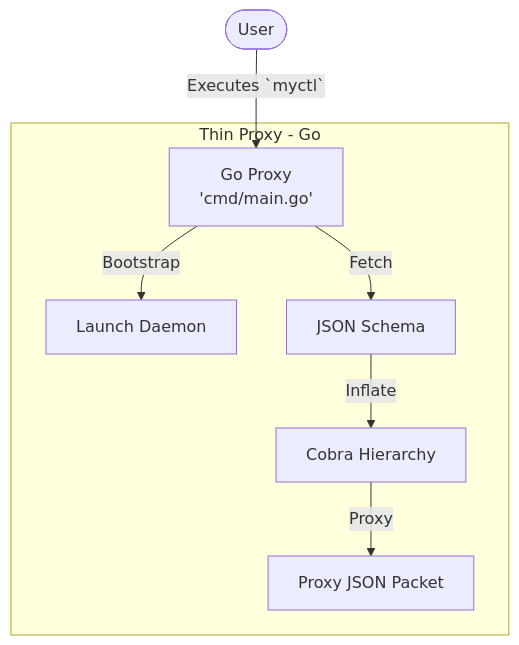
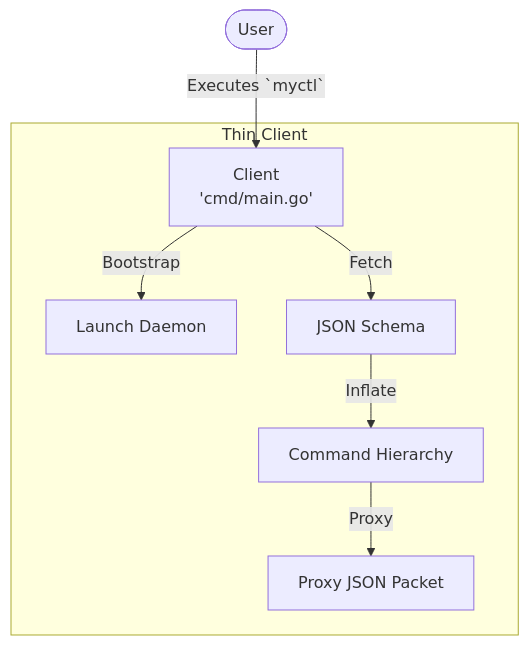
Before and after one commit to mydehq/MyCTL-Next: the diagram in docs/md/roadmap.md, drawn with Mermaid. The commit also changed other lines of this file and 18 other files, not shown here.

````diff
--- a/docs/md/roadmap.md
+++ b/docs/md/roadmap.md
@@ -40,11 +40,11 @@
 ```mermaid
 graph TD
-    User([User]) -->|Executes `myctl`| GoProxy[Go Proxy <br/> 'cmd/main.go']
+    User([User]) -->|Executes `myctl`| Client[Client <br/> 'cmd/main.go']
 
-    subgraph thin_client [Thin Proxy - Go]
-        GoProxy -->|Bootstrap| Boot[Launch Daemon]
-        GoProxy -->|Fetch| Schema[JSON Schema]
-        Schema -->|Inflate| CobraTree[Cobra Hierarchy]
-        CobraTree -->|Proxy| IPC[Proxy JSON Packet]
+    subgraph thin_client [Thin Client]
+        Client -->|Bootstrap| Boot[Launch Daemon]
+        Client -->|Fetch| Schema[JSON Schema]
+        Schema -->|Inflate| CommandTree[Command Hierarchy]
+        CommandTree -->|Proxy| IPC[Proxy JSON Packet]
     end
 ```
````
